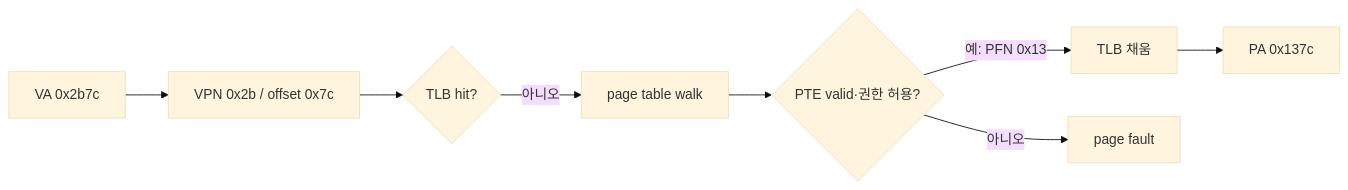
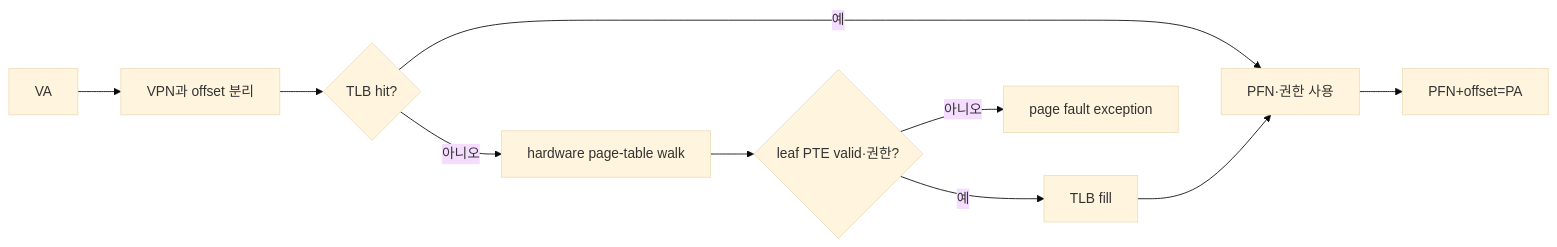
Before and after one commit to mj006648/netai-devsecops-runbook: the diagram in learning/computer-architecture/09-mmu-tlb-and-page-walks.md, drawn with Mermaid (base theme). The commit also changed other lines of this file and 55 other files, not shown here.

````diff
--- a/learning/computer-architecture/09-mmu-tlb-and-page-walks.md
+++ b/learning/computer-architecture/09-mmu-tlb-and-page-walks.md
@@ -25,10 +60,12 @@
-```mermaid
+~~~mermaid
 flowchart LR
-  V[VA 0x2b7c] --> P[VPN 0x2b / offset 0x7c]
-  P --> T{TLB hit?}
-  T -->|아니오| W[page table walk]
-  W --> E{PTE valid·권한 허용?}
-  E -->|예: PFN 0x13| F[TLB 채움]
-  F --> A[PA 0x137c]
-  E -->|아니오| X[page fault]
-```
+  V[VA] --> S[VPN과 offset 분리]
+  S --> T{TLB hit?}
+  T -->|예| Q[PFN·권한 사용]
+  T -->|아니오| W[hardware page-table walk]
+  W --> P{leaf PTE valid·권한?}
+  P -->|예| F[TLB fill]
+  F --> Q
+  Q --> A[PFN+offset=PA]
+  P -->|아니오| X[page fault exception]
+~~~
````
